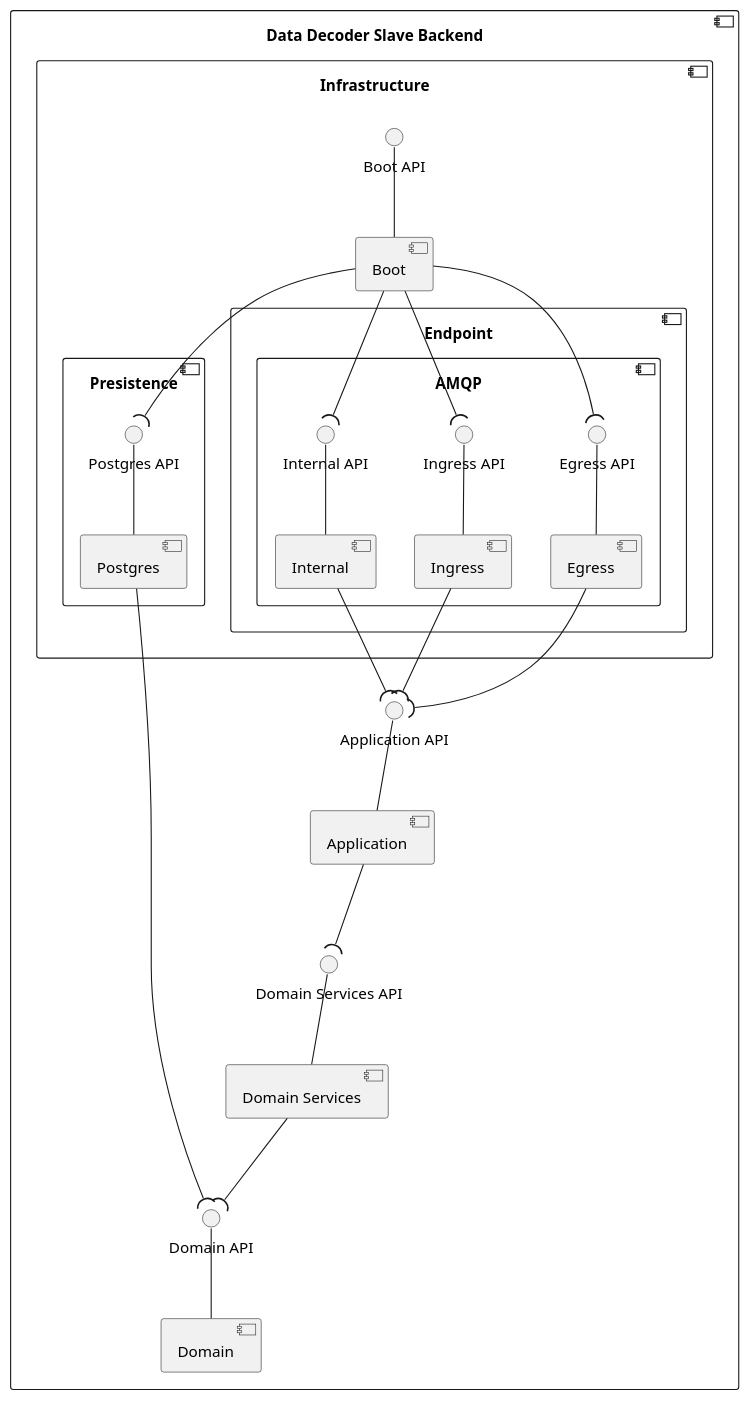
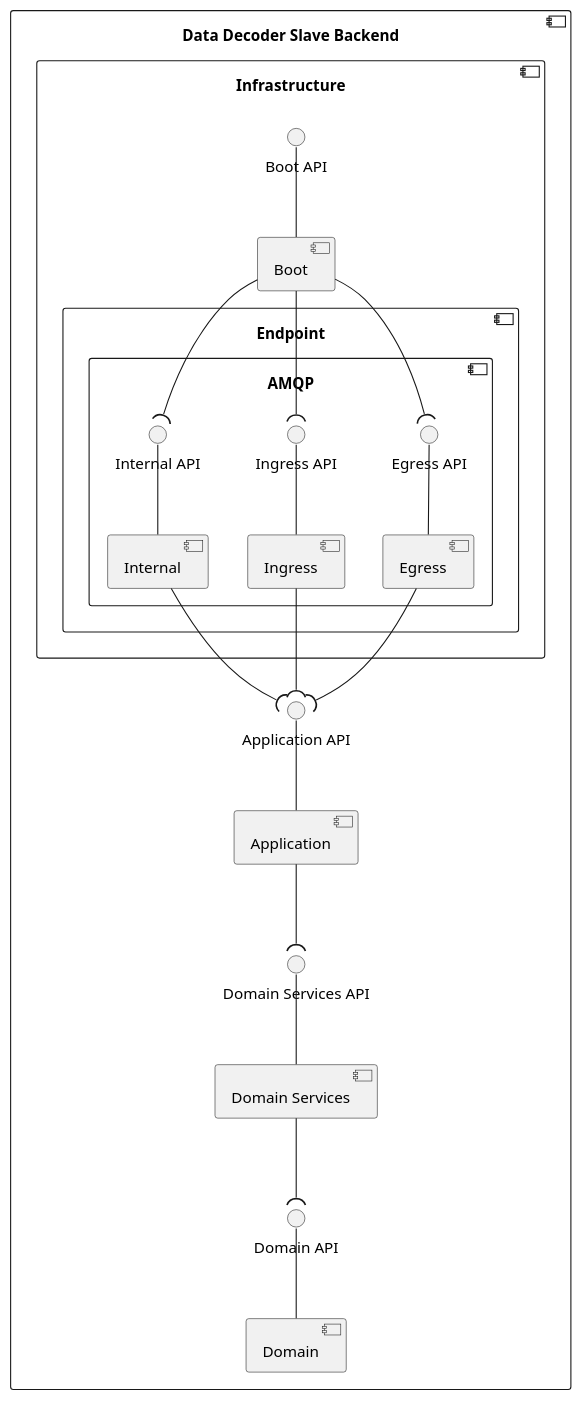
The diagram in docs/architecture/diagrams/logical/logical-view-level3-data-decoder-slave-backend.pu (FilipeMCruz/sensae-console), drawn with PlantUML before and after one commit. The commit also changed 13 other files, not shown here.

```diff
--- a/docs/architecture/diagrams/logical/logical-view-level3-data-decoder-slave-backend.pu
+++ b/docs/architecture/diagrams/logical/logical-view-level3-data-decoder-slave-backend.pu
@@ -1,56 +1,48 @@
 @startuml logical-view-level3-data-decoder-slave-backend
 
 skinparam Monochrome true
 
 component "Data Decoder Slave Backend" {
     component "Application" as APP
     component "Domain" as DOM
     component "Domain Services" as DOM_SERV
     component "Infrastructure" as INFRA {
         component "Boot" as BOOT
-        component "Presistence" as PERSIST {
-            component "Postgres" as POSTG
-            interface "Postgres API" as POSTG_API
-        }
         component "Endpoint" as ENDPOINT {
             component "AMQP" as AMQP {
                 component "Egress" as EGRESS
                 component "Ingress" as INGRESS
                 component "Internal" as INTERNAL
                 interface "Egress API" as EGRESS_API
                 interface "Ingress API" as INGRESS_API
                 interface "Internal API" as INTERNAL_API
             }
         }
         interface "Boot API" as BOOT_API
     }
 
     interface "Application API" as APP_API
     interface "Domain API" as DOM_API
     interface "Domain Services API" as DOM_SERV_API
 
     DOM_API -- DOM
     DOM_SERV_API -- DOM_SERV
 
     EGRESS_API -- EGRESS
     INGRESS_API -- INGRESS
     INTERNAL_API -- INTERNAL
 
-    POSTG_API -- POSTG
-
     APP_API -- APP
     BOOT_API -- BOOT
 
     EGRESS --( APP_API
     INGRESS --( APP_API
     INTERNAL --( APP_API
-    POSTG --( DOM_API
     APP --( DOM_SERV_API
     DOM_SERV --( DOM_API
     BOOT --( INTERNAL_API
-    BOOT --( POSTG_API
     BOOT --( EGRESS_API
     BOOT --( INGRESS_API
 }
 
 @enduml
```
